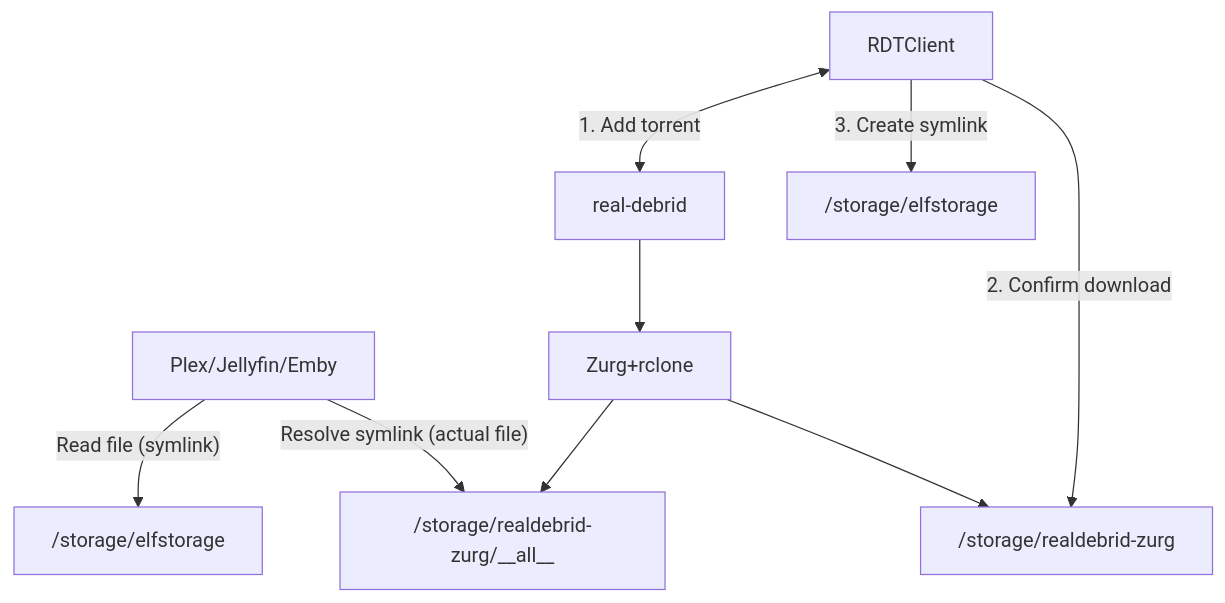
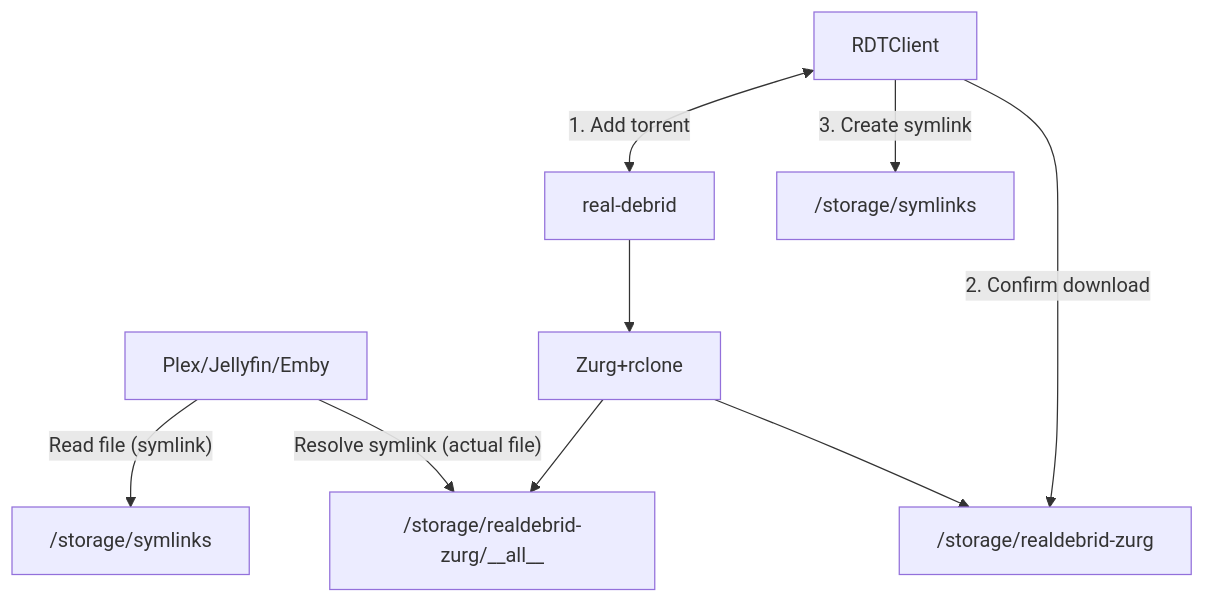
One commit to elfhosted/elfhosted.com changed the diagram in docs/app/rdtclient.md. Above: the diagram before and after it, drawn with Mermaid. The commit also changed other lines of this file and 2 other files, not shown here.

Commit message:
Tidy up rdtclient docs

````diff
--- a/docs/app/rdtclient.md
+++ b/docs/app/rdtclient.md
@@ -31,17 +31,17 @@
 ```mermaid
 flowchart TD
     G <--> |1. Add torrent|H[real-debrid]
 
-    K[Plex/Jellyfin/Emby] --> |"Read file (symlink)"|L["/storage/elfstorage"]
+    K[Plex/Jellyfin/Emby] --> |"Read file (symlink)"|L["/storage/symlinks"]
 
     K[Plex/Jellyfin/Emby] --> |"Resolve symlink (actual file)"|J["/storage/realdebrid-zurg/__all__"]
     %% G --> |Confirm download|J
 
-    G[RDTClient] --> |3. Create symlink|P["/storage/elfstorage"]
+    G[RDTClient] --> |3. Create symlink|P["/storage/symlinks"]
 
     H --> Q[Zurg+rclone]
     Q --> J
 
     Q --> O
     G[RDTClient] --> |2. Confirm download|O["/storage/realdebrid-zurg"]
 ```
````
